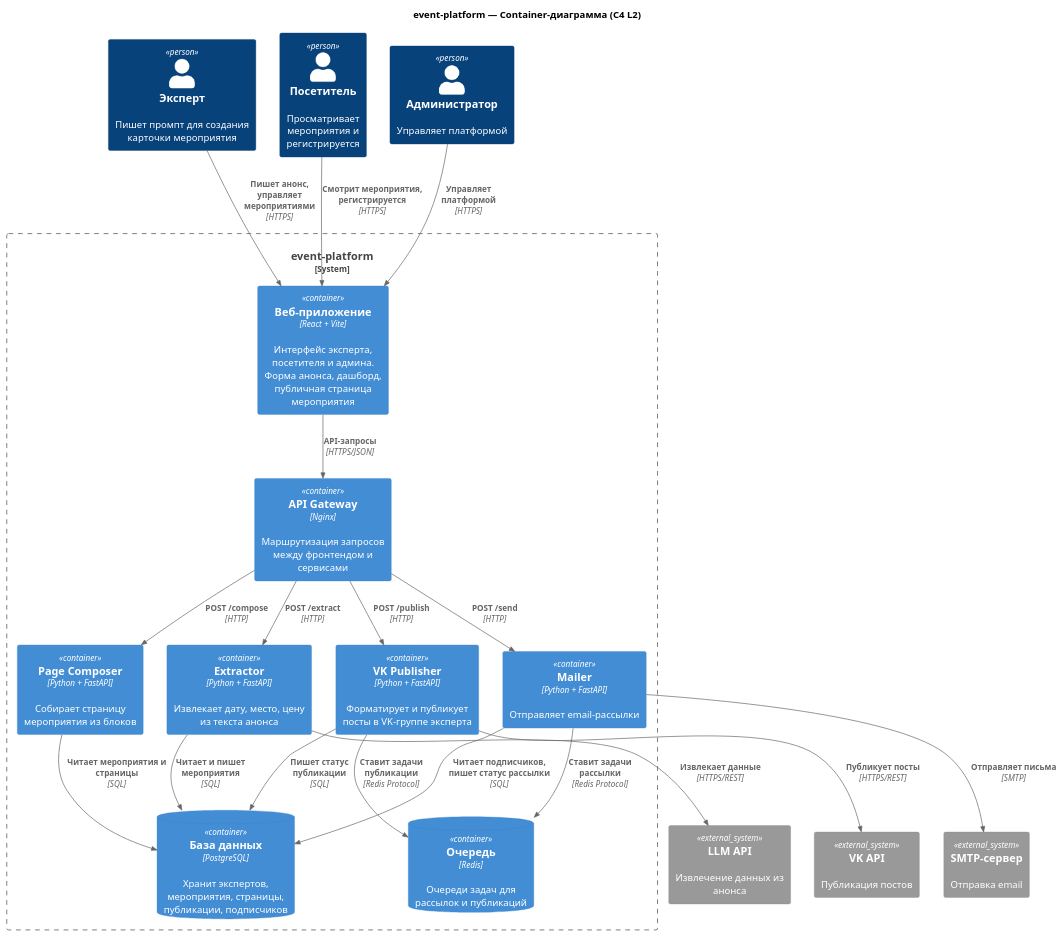
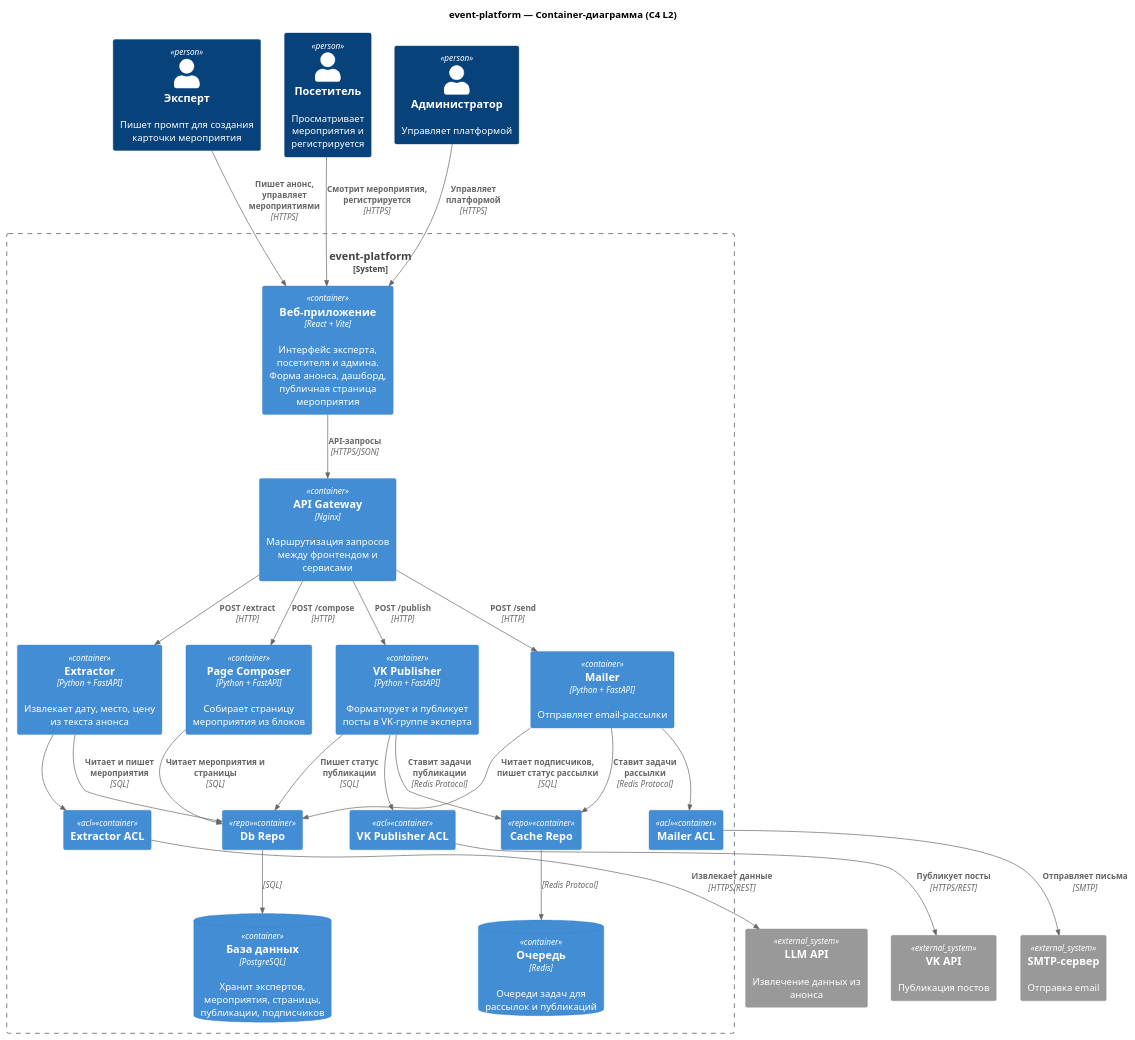
One commit to AlenKizimenko/sova-so-skakalkoy-zmct changed the diagram in docs/architecture/container.puml. Above: the diagram before and after it, drawn with PlantUML. The commit also changed 2 other files, not shown here.

Commit message:
docs: change C4 container diagram, add AACT config

```diff
--- a/docs/architecture/container.puml
+++ b/docs/architecture/container.puml
@@ -1,63 +1,73 @@
 @startuml
 !include https://raw.githubusercontent.com/plantuml-stdlib/C4-PlantUML/master/C4_Container.puml
 
 title event-platform — Container-диаграмма (C4 L2)
 
 ' === Люди ===
 Person(expert, "Эксперт", "Пишет промпт для создания карточки мероприятия")
 Person(visitor, "Посетитель", "Просматривает мероприятия и регистрируется")
 Person(admin, "Администратор", "Управляет платформой")
 
 ' === Внешние системы ===
 System_Ext(vk, "VK API", "Публикация постов")
 System_Ext(smtp, "SMTP-сервер", "Отправка email")
 System_Ext(llm, "LLM API", "Извлечение данных из анонса")
 
 ' === Границы системы ===
 System_Boundary(platform, "event-platform") {
 
   Container(site, "Веб-приложение", "React + Vite", "Интерфейс эксперта, посетителя и админа. Форма анонса, дашборд, публичная страница мероприятия")
 
   Container(api_gateway, "API Gateway", "Nginx", "Маршрутизация запросов между фронтендом и сервисами")
 
   Container(extractor, "Extractor", "Python + FastAPI", "Извлекает дату, место, цену из текста анонса")
+Container(extractor_acl, "Extractor ACL", $tags="acl")
+Rel(extractor, extractor_acl, "")
 
   Container(page_composer, "Page Composer", "Python + FastAPI", "Собирает страницу мероприятия из блоков")
 
   Container(vk_publisher, "VK Publisher", "Python + FastAPI", "Форматирует и публикует посты в VK-группе эксперта")
+Container(vk_publisher_acl, "VK Publisher ACL", $tags="acl")
+Rel(vk_publisher, vk_publisher_acl, "")
 
   Container(mailer, "Mailer", "Python + FastAPI", "Отправляет email-рассылки")
+Container(mailer_acl, "Mailer ACL", $tags="acl")
+Rel(mailer, mailer_acl, "")
 
   ContainerDb(db, "База данных", "PostgreSQL", "Хранит экспертов, мероприятия, страницы, публикации, подписчиков")
+Container(db_repo, "Db Repo", $tags="repo")
+Rel(db_repo, db, "", "SQL")
 
   ContainerDb(cache, "Очередь", "Redis", "Очереди задач для рассылок и публикаций")
+Container(cache_repo, "Cache Repo", $tags="repo")
+Rel(cache_repo, cache, "", "Redis Protocol")
 }
 
 ' === Связи: пользователи ===
 Rel(expert, site, "Пишет анонс, управляет мероприятиями", "HTTPS")
 Rel(visitor, site, "Смотрит мероприятия, регистрируется", "HTTPS")
 Rel(admin, site, "Управляет платформой", "HTTPS")
 
 ' === Связи: фронтенд → backend ===
 Rel(site, api_gateway, "API-запросы", "HTTPS/JSON")
 Rel(api_gateway, extractor, "POST /extract", "HTTP")
 Rel(api_gateway, page_composer, "POST /compose", "HTTP")
 Rel(api_gateway, vk_publisher, "POST /publish", "HTTP")
 Rel(api_gateway, mailer, "POST /send", "HTTP")
 
 ' === Связи: сервисы → БД ===
-Rel(extractor, db, "Читает и пишет мероприятия", "SQL")
-Rel(page_composer, db, "Читает мероприятия и страницы", "SQL")
-Rel(vk_publisher, db, "Пишет статус публикации", "SQL")
-Rel(mailer, db, "Читает подписчиков, пишет статус рассылки", "SQL")
+Rel(extractor, db_repo, "Читает и пишет мероприятия", "SQL")
+Rel(page_composer, db_repo, "Читает мероприятия и страницы", "SQL")
+Rel(vk_publisher, db_repo, "Пишет статус публикации", "SQL")
+Rel(mailer, db_repo, "Читает подписчиков, пишет статус рассылки", "SQL")
 
 ' === Связи: сервисы → кеш/очередь ===
-Rel(mailer, cache, "Ставит задачи рассылки", "Redis Protocol")
-Rel(vk_publisher, cache, "Ставит задачи публикации", "Redis Protocol")
+Rel(mailer, cache_repo, "Ставит задачи рассылки", "Redis Protocol")
+Rel(vk_publisher, cache_repo, "Ставит задачи публикации", "Redis Protocol")
 
 ' === Связи: сервисы → внешние API ===
-Rel(extractor, llm, "Извлекает данные", "HTTPS/REST")
-Rel(vk_publisher, vk, "Публикует посты", "HTTPS/REST")
-Rel(mailer, smtp, "Отправляет письма", "SMTP")
+Rel(extractor_acl, llm, "Извлекает данные", "HTTPS/REST")
+Rel(vk_publisher_acl, vk, "Публикует посты", "HTTPS/REST")
+Rel(mailer_acl, smtp, "Отправляет письма", "SMTP")
 
 @enduml
```
